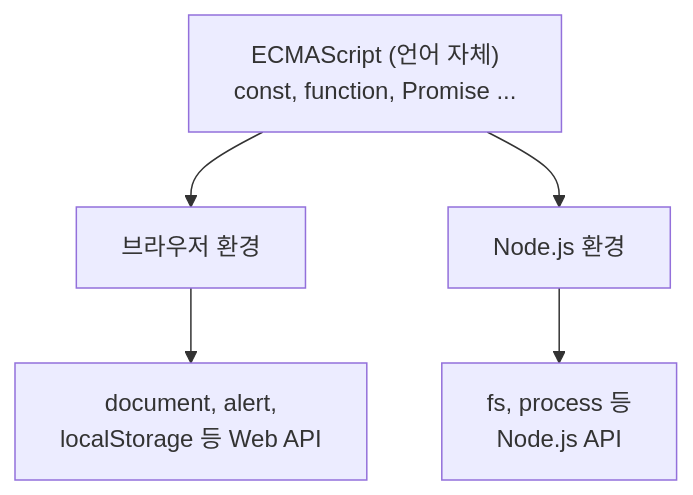
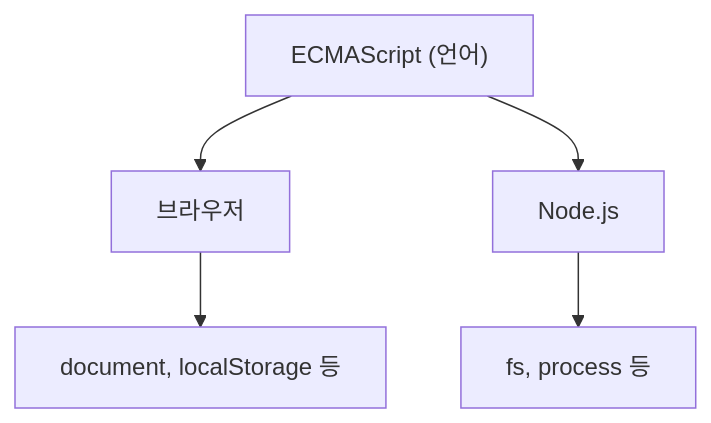
The diagram in content/javascript/ECMAscript/01_the-javascript-language.mdx (zenoK80/zeno-AI-Docs), drawn with Mermaid before and after one commit. The commit also changed other lines of this file and 86 other files, not shown here.

First line of the commit message:
refactor: 본편+복습 단일 파일 구조로 전환, ECMAScript/WebAPIs만 우선 진행

````diff
--- a/content/javascript/ECMAscript/01_the-javascript-language.mdx
+++ b/content/javascript/ECMAscript/01_the-javascript-language.mdx
@@ -120,7 +32,7 @@
 ```mermaid
 flowchart TD
-  A["ECMAScript (언어 자체)<br/>const, function, Promise ..."] --> B["브라우저 환경"]
-  A --> C["Node.js 환경"]
-  B --> D["document, alert,<br/>localStorage 등 Web API"]
-  C --> E["fs, process 등<br/>Node.js API"]
+  A["ECMAScript (언어)"] --> B["브라우저"]
+  A --> C["Node.js"]
+  B --> D["document, localStorage 등"]
+  C --> E["fs, process 등"]
 ```
````
